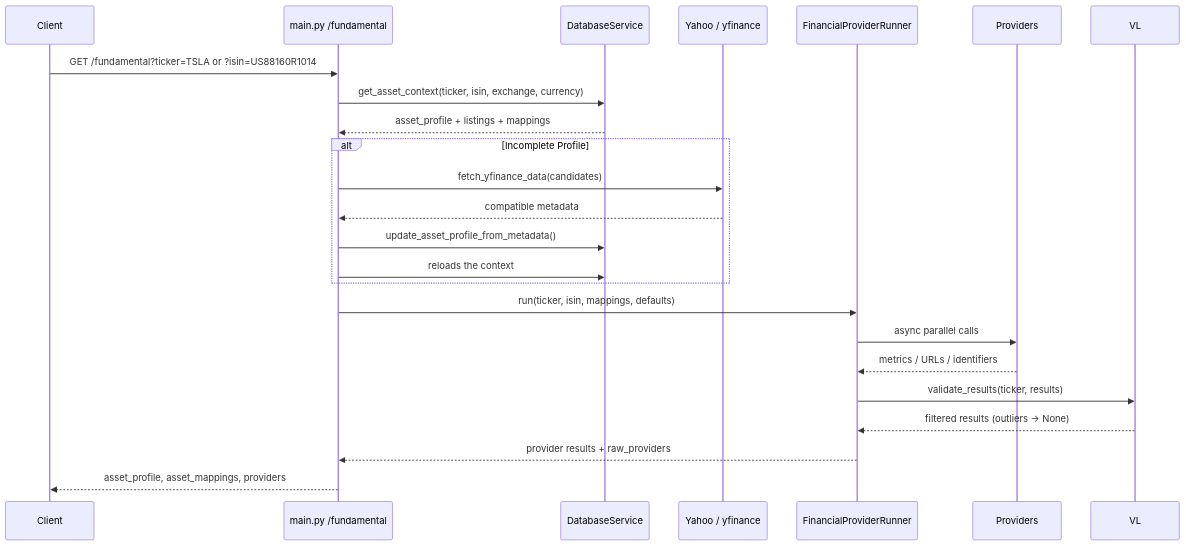
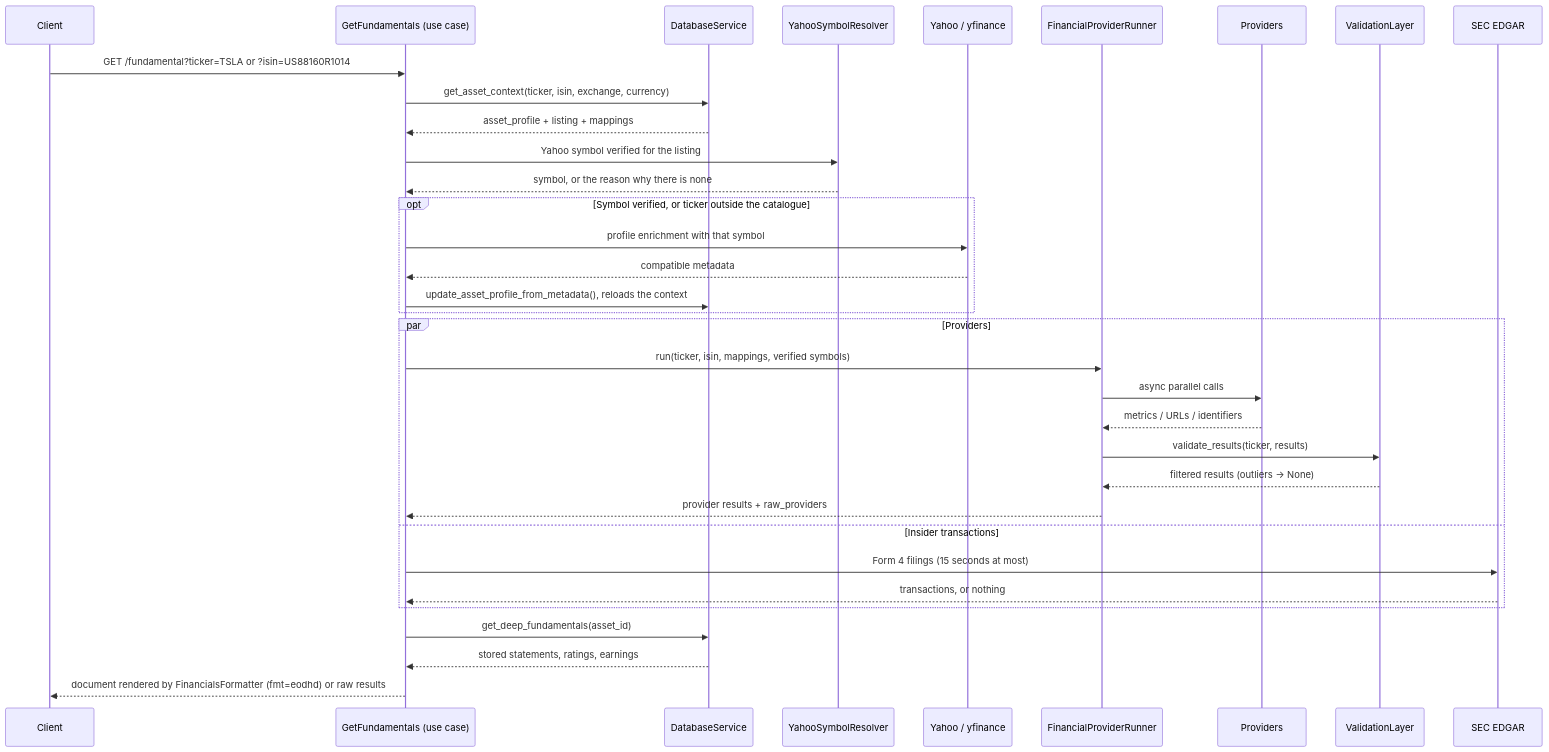
Before and after one commit to fonrex/fonrex: the third of 10 diagrams in ARCHITECTURE.md, drawn with Mermaid. The commit also changed other lines of this file and 167 other files, not shown here.

````diff
--- a/ARCHITECTURE.md
+++ b/ARCHITECTURE.md
@@ -618,26 +758,37 @@
 ```mermaid
 sequenceDiagram
     participant Client
-    participant API as main.py /fundamental
+    participant API as GetFundamentals (use case)
     participant DB as DatabaseService
+    participant Sym as YahooSymbolResolver
     participant YF as Yahoo / yfinance
     participant Runner as FinancialProviderRunner
     participant P as Providers
+    participant VL as ValidationLayer
+    participant SEC as SEC EDGAR
 
     Client->>API: GET /fundamental?ticker=TSLA or ?isin=US88160R1014
     API->>DB: get_asset_context(ticker, isin, exchange, currency)
-    DB-->>API: asset_profile + listings + mappings
-    alt Incomplete Profile
-        API->>YF: fetch_yfinance_data(candidates)
+    DB-->>API: asset_profile + listing + mappings
+    API->>Sym: Yahoo symbol verified for the listing
+    Sym-->>API: symbol, or the reason why there is none
+    opt Symbol verified, or ticker outside the catalogue
+        API->>YF: profile enrichment with that symbol
         YF-->>API: compatible metadata
-        API->>DB: update_asset_profile_from_metadata()
-        API->>DB: reloads the context
+        API->>DB: update_asset_profile_from_metadata(), reloads the context
     end
-    API->>Runner: run(ticker, isin, mappings, defaults)
-    Runner->>P: async parallel calls
-    P-->>Runner: metrics / URLs / identifiers
-    Runner->>VL: validate_results(ticker, results)
-    VL-->>Runner: filtered results (outliers → None)
-    Runner-->>API: provider results + raw_providers
-    API-->>Client: asset_profile, asset_mappings, providers
+    par Providers
+        API->>Runner: run(ticker, isin, mappings, verified symbols)
+        Runner->>P: async parallel calls
+        P-->>Runner: metrics / URLs / identifiers
+        Runner->>VL: validate_results(ticker, results)
+        VL-->>Runner: filtered results (outliers → None)
+        Runner-->>API: provider results + raw_providers
+    and Insider transactions
+        API->>SEC: Form 4 filings (15 seconds at most)
+        SEC-->>API: transactions, or nothing
+    end
+    API->>DB: get_deep_fundamentals(asset_id)
+    DB-->>API: stored statements, ratings, earnings
+    API-->>Client: document rendered by FinancialsFormatter (fmt=eodhd) or raw results
 ```
````
